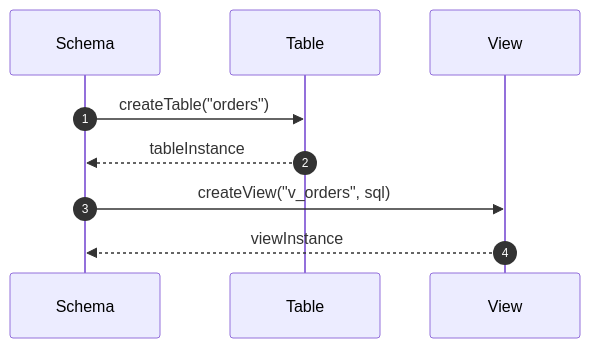
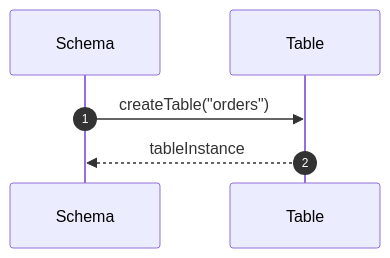
The fifth of 14 diagrams in docs/design_patterns/metadata/Sequece.md (Dikhang1112/Database_Management_BBV), drawn with Mermaid before and after one commit. The commit also changed other lines of this file and 27 other files, not shown here.

````diff
--- a/docs/design_patterns/metadata/Sequece.md
+++ b/docs/design_patterns/metadata/Sequece.md
@@ -120,13 +120,9 @@
 ```mermaid
 sequenceDiagram
     autonumber
     participant Schema as Schema
     participant Table as Table
-    participant View as View
 
     Schema->>Table: createTable("orders")
     Table-->>Schema: tableInstance
-
-    Schema->>View: createView("v_orders", sql)
-    View-->>Schema: viewInstance
 ```
````
